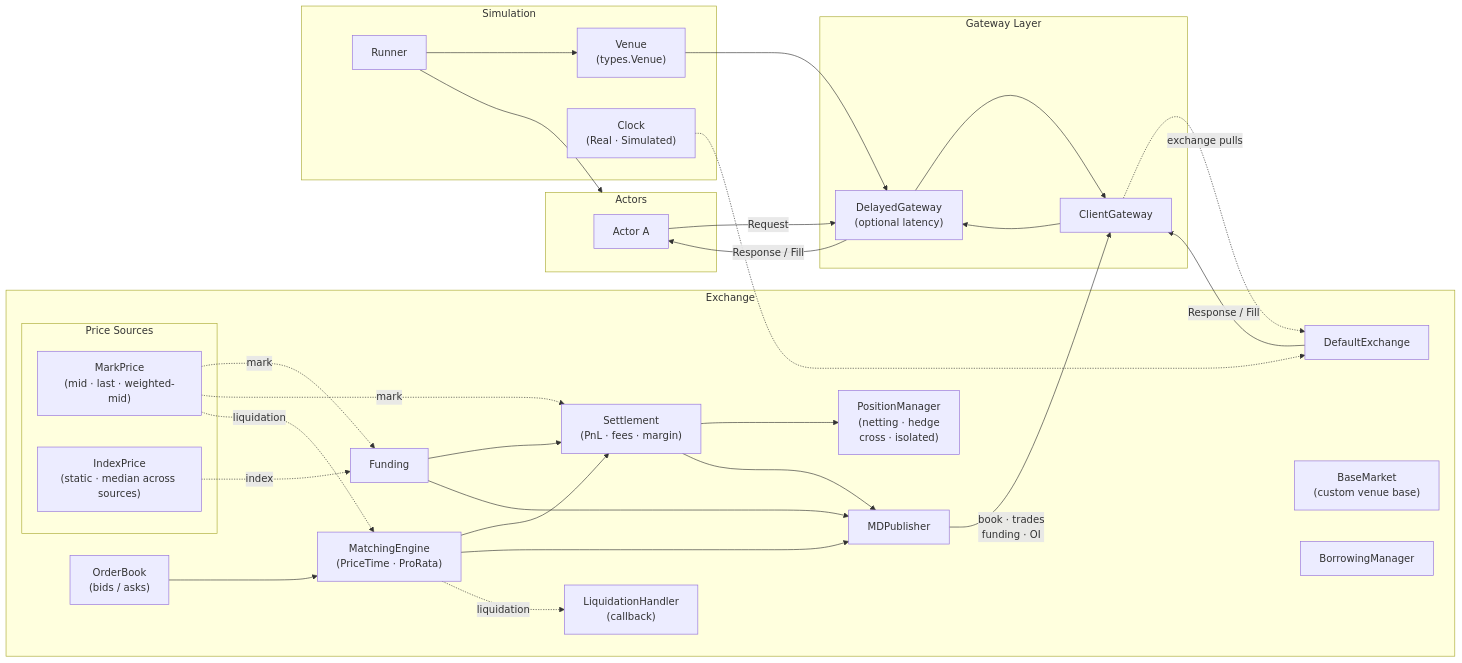
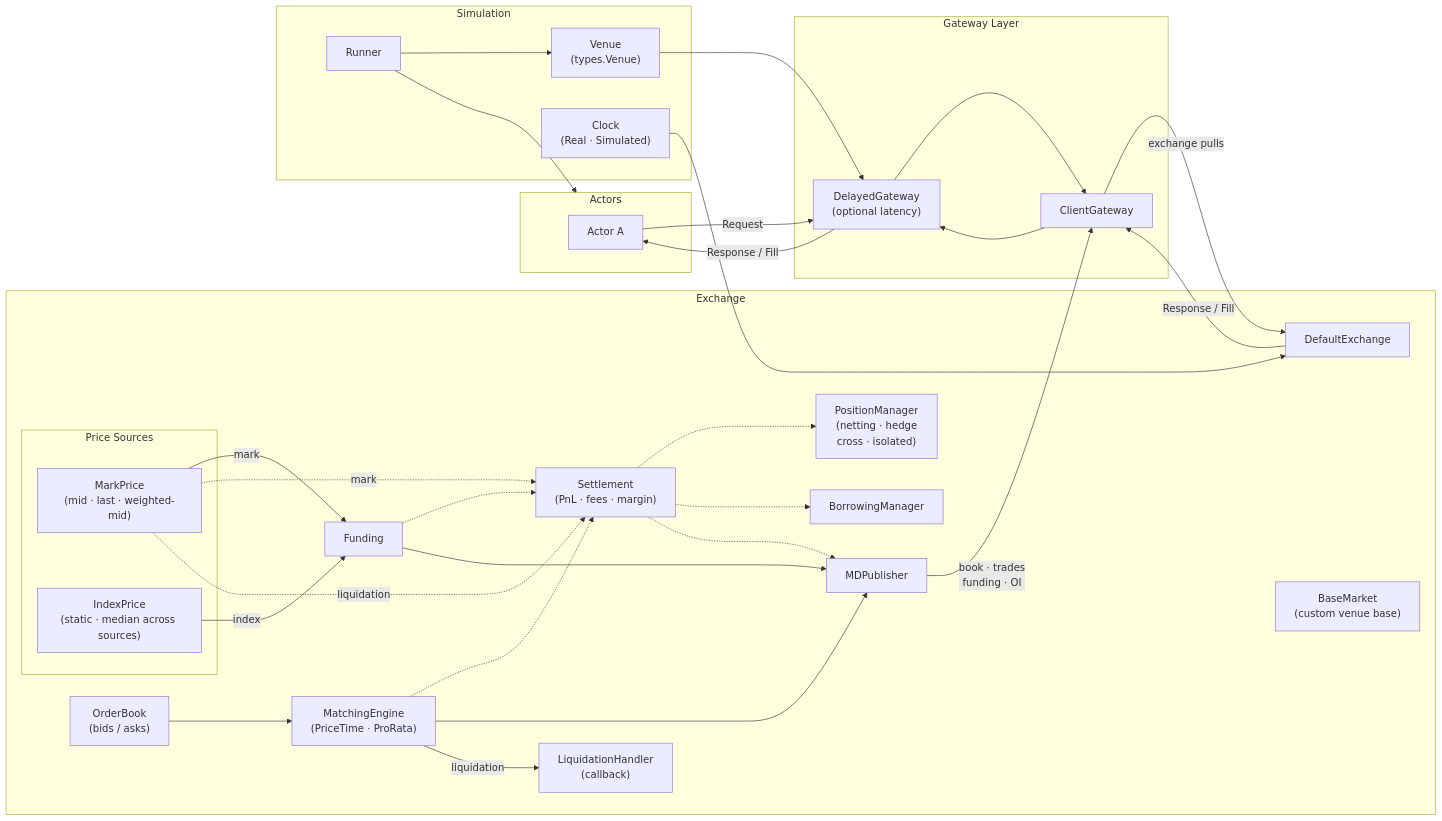
The diagram in README.md (VladKochetov007/ExchangeSimulation), drawn with Mermaid before and after one commit. The commit also changed other lines of this file and 48 other files, not shown here.

````diff
--- a/README.md
+++ b/README.md
@@ -11,62 +11,63 @@
 ```mermaid
 flowchart LR
     subgraph AL["Actors"]
         A1["Actor A"]
     end
 
     subgraph GL["Gateway Layer"]
         DGW["DelayedGateway</br>(optional latency)"]
         CGW["ClientGateway"]
     end
 
     subgraph EX["Exchange"]
         DEX["DefaultExchange"]
         BM2["BaseMarket</br>(custom venue base)"]
         OB["OrderBook</br>(bids / asks)"]
         ME["MatchingEngine</br>(PriceTime · ProRata)"]
         ST["Settlement</br>(PnL · fees · margin)"]
         PM["PositionManager</br>(netting · hedge</br>cross · isolated)"]
         FM["Funding"]
         BM["BorrowingManager"]
         MDP["MDPublisher"]
         LH["LiquidationHandler</br>(callback)"]
         subgraph PS["Price Sources"]
             MP["MarkPrice</br>(mid · last · weighted-mid)"]
             IP["IndexPrice</br>(static · median across sources)"]
         end
     end
 
     subgraph SIM["Simulation"]
         VENUE["Venue</br>(types.Venue)"]
         RUNNER["Runner"]
         CLK["Clock</br>(Real · Simulated)"]
     end
 
     A1 -- Request --> DGW
     DGW --> CGW
-    CGW -. "exchange pulls" .-> DEX
+    CGW -- "exchange pulls" --> DEX
     DEX -- "Response / Fill" --> CGW
     CGW --> DGW
     DGW -- "Response / Fill" --> A1
 
     OB --> ME
-    ME --> ST
-    ST --> PM
+    ME .-> ST
+    ST .-> PM
+    ST .-> BM
 
-    IP -. index .-> FM
-    MP -. mark .-> FM
+    IP -- index --> FM
+    MP -- mark --> FM
     MP -. mark .-> ST
-    MP -. liquidation .-> ME
-    FM --> ST
+    MP -. liquidation .-> ST
+    FM .-> ST
     ME --> MDP
-    ST --> MDP
+    ST .-> MDP
     FM --> MDP
-    ME -. liquidation .-> LH
+    ME -- liquidation --> LH
 
     MDP -- "book · trades</br>funding · OI" --> CGW
 
-    CLK -.-> DEX
+    CLK ---> DEX
     RUNNER --> VENUE
     RUNNER --> AL
     VENUE --> DGW
 ```
````
